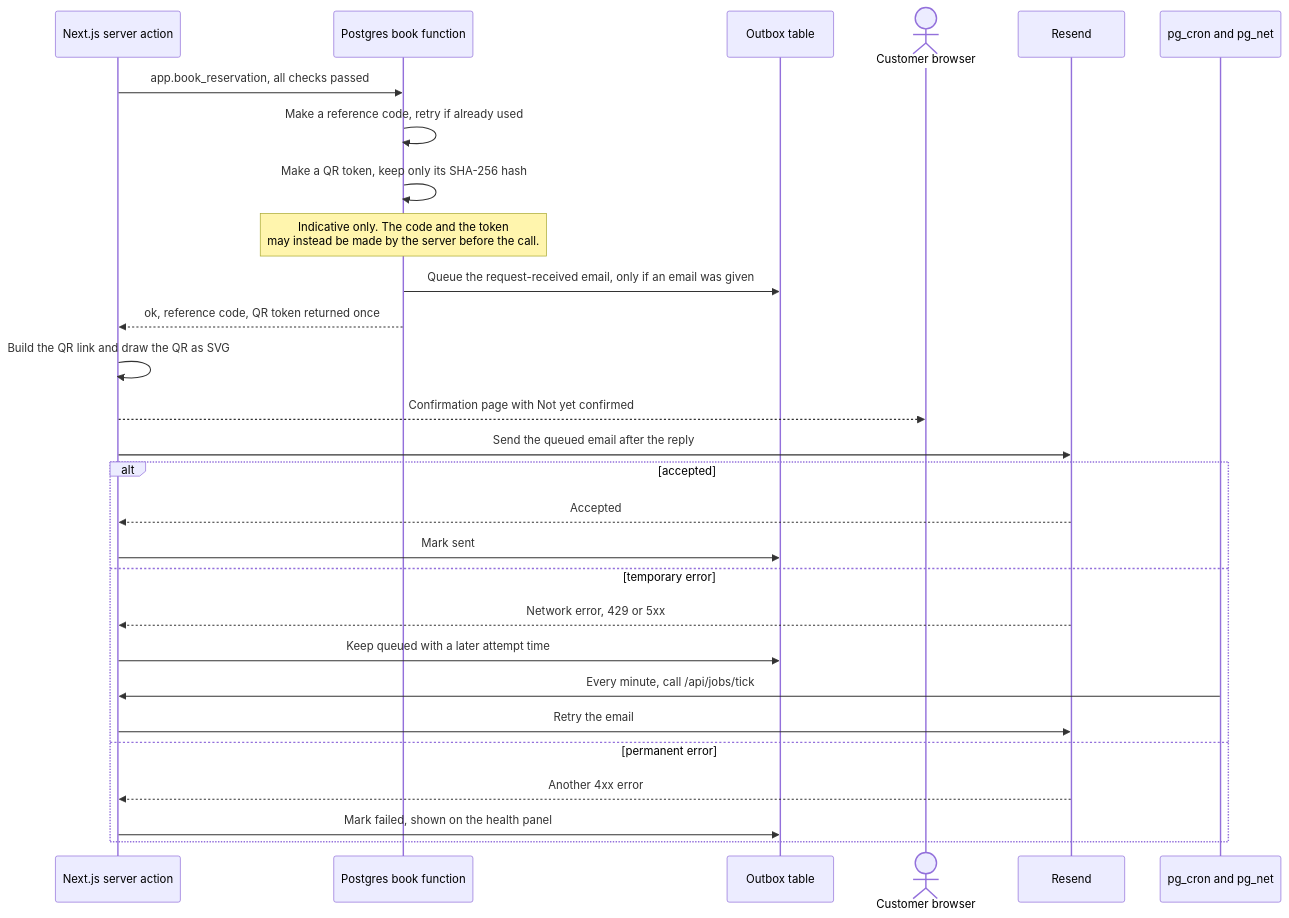
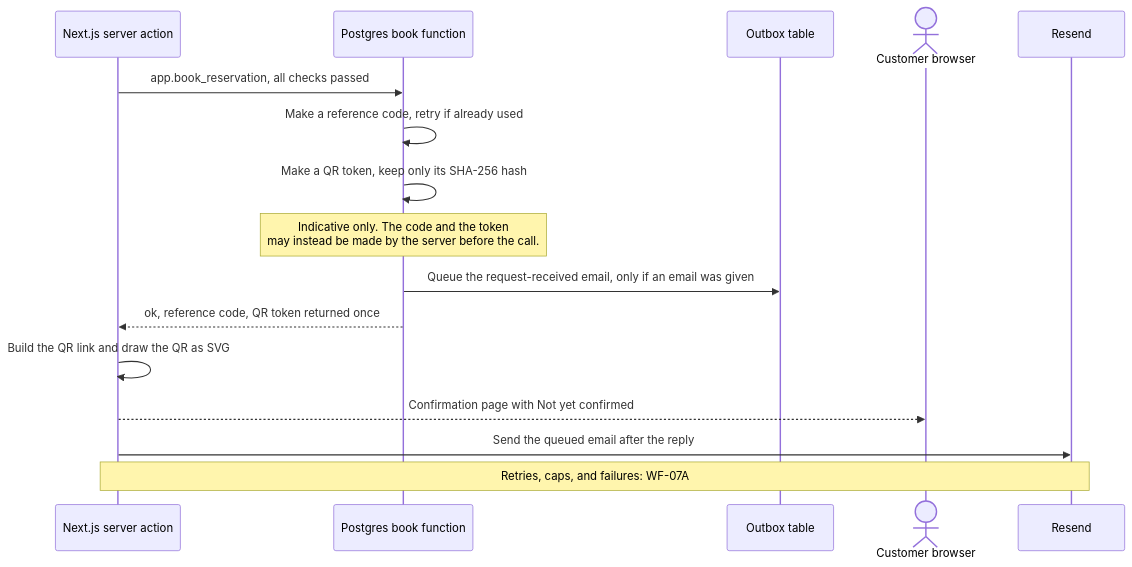
Before and after one commit to DevNarvs/kasoundbox-2026: the eighth of 8 diagrams in docs/03-workflows/booking-and-submission.md, drawn with Mermaid. The commit also changed other lines of this file and 6 other files, not shown here.

````diff
--- a/docs/03-workflows/booking-and-submission.md
+++ b/docs/03-workflows/booking-and-submission.md
@@ -601,30 +606,18 @@
 ```mermaid
 sequenceDiagram
     participant N as Next.js server action
     participant DB as Postgres book function
     participant O as Outbox table
     actor C as Customer browser
     participant R as Resend
-    participant J as pg_cron and pg_net
     N->>DB: app.book_reservation, all checks passed
     DB->>DB: Make a reference code, retry if already used
     DB->>DB: Make a QR token, keep only its SHA-256 hash
     Note over DB: Indicative only. The code and the token<br/>may instead be made by the server before the call.
     DB->>O: Queue the request-received email, only if an email was given
     DB-->>N: ok, reference code, QR token returned once
     N->>N: Build the QR link and draw the QR as SVG
     N-->>C: Confirmation page with Not yet confirmed
     N->>R: Send the queued email after the reply
-    alt accepted
-        R-->>N: Accepted
-        N->>O: Mark sent
-    else temporary error
-        R-->>N: Network error, 429 or 5xx
-        N->>O: Keep queued with a later attempt time
-        J->>N: Every minute, call /api/jobs/tick
-        N->>R: Retry the email
-    else permanent error
-        R-->>N: Another 4xx error
-        N->>O: Mark failed, shown on the health panel
-    end
+    Note over N,R: Retries, caps, and failures: WF-07A
 ```
````
